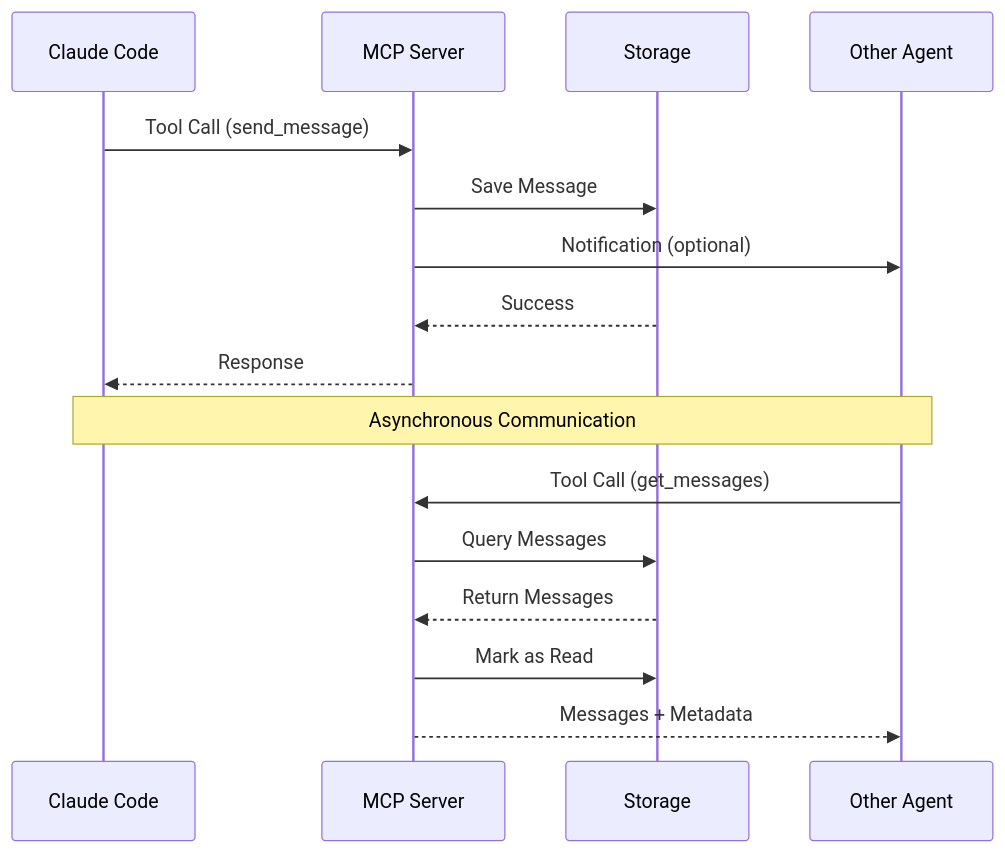
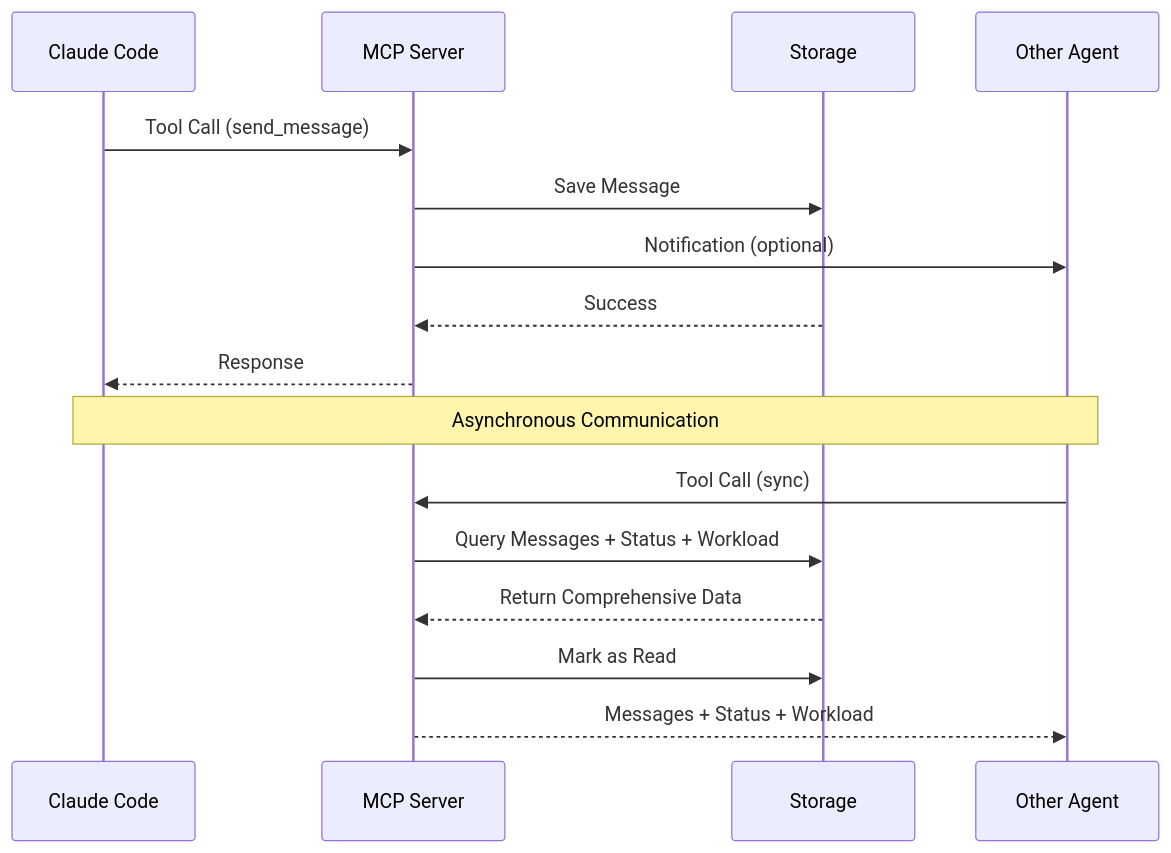
Before and after one commit to gilbarbara/agent-hub-mcp: the sixth of 8 diagrams in docs/SYSTEM-OVERVIEW.md, drawn with Mermaid. The commit also changed other lines of this file and 14 other files, not shown here.

First line of the commit message:
Add "sync" tool

````diff
--- a/docs/SYSTEM-OVERVIEW.md
+++ b/docs/SYSTEM-OVERVIEW.md
@@ -234,21 +234,21 @@
 ```mermaid
 sequenceDiagram
     participant C as Claude Code
     participant M as MCP Server
     participant S as Storage
     participant A as Other Agent
     
     C->>M: Tool Call (send_message)
     M->>S: Save Message
     M->>A: Notification (optional)
     S-->>M: Success
     M-->>C: Response
     
     Note over C,A: Asynchronous Communication
     
-    A->>M: Tool Call (get_messages)
-    M->>S: Query Messages
-    S-->>M: Return Messages
+    A->>M: Tool Call (sync)
+    M->>S: Query Messages + Status + Workload
+    S-->>M: Return Comprehensive Data
     M->>S: Mark as Read
-    M-->>A: Messages + Metadata
+    M-->>A: Messages + Status + Workload
 ```
````
